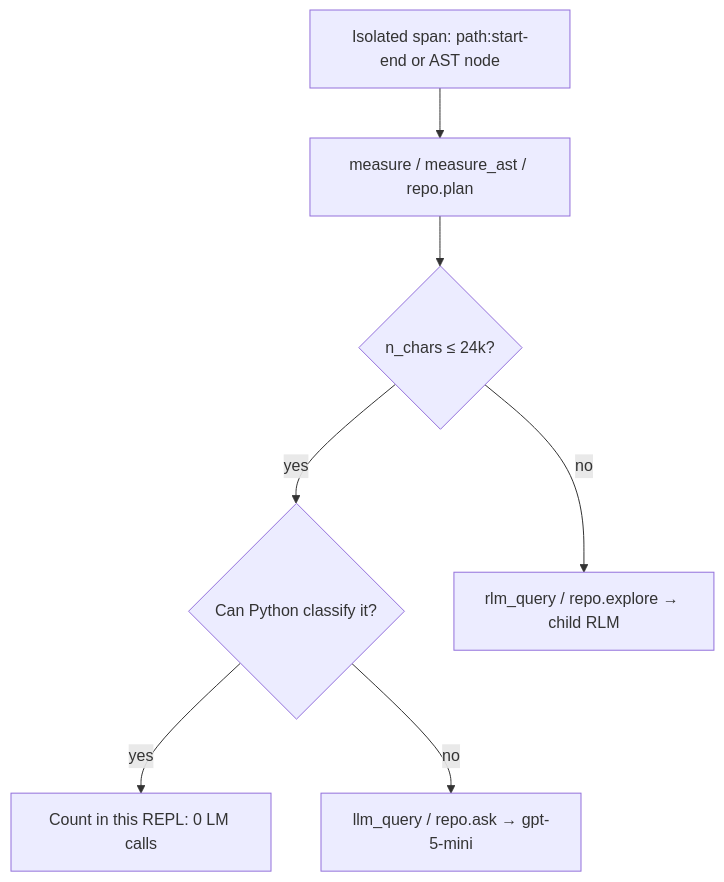
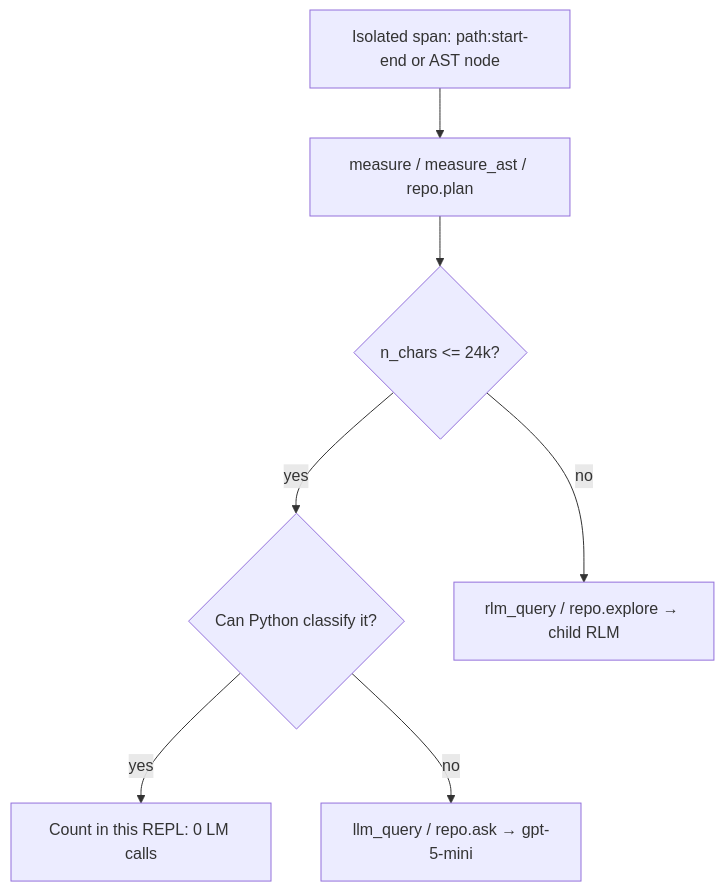
One commit to williamntlam/recursive-language-model changed the third of 3 diagrams in README.md. Above: the diagram before and after it, drawn with Mermaid. The commit also changed other lines of this file and 2 other files, not shown here.

````diff
--- a/README.md
+++ b/README.md
@@ -89,16 +89,16 @@
 ```mermaid
 flowchart TD
   span["Isolated span: path:start-end or AST node"]
   m["measure / measure_ast / repo.plan"]
-  fit{"n_chars ≤ 24k?"}
+  fit{"n_chars <= 24k?"}
   code{"Can Python classify it?"}
   leaf["llm_query / repo.ask → gpt-5-mini"]
   child["rlm_query / repo.explore → child RLM"]
   local["Count in this REPL: 0 LM calls"]
 
   span --> m --> fit
   fit -->|yes| code
   code -->|yes| local
   code -->|no| leaf
   fit -->|no| child
 ```
````
